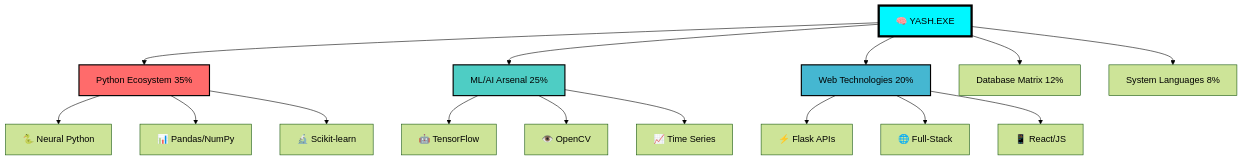
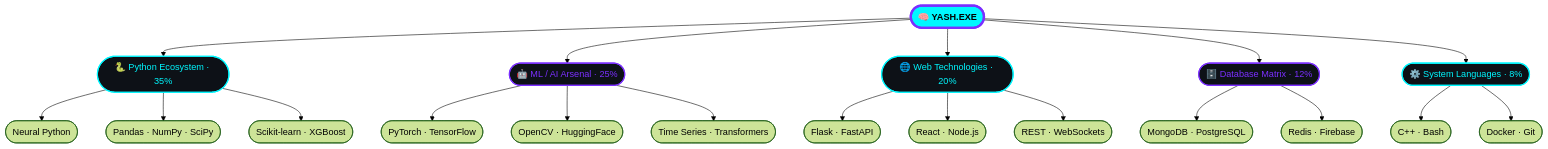
The diagram in README.md (Yash-et/Yash-et), drawn with Mermaid (forest theme) before and after one commit. The commit also changed other lines of this file, not shown here.

````diff
--- a/README.md
+++ b/README.md
@@ -146,25 +260,33 @@
 ```mermaid
 graph TD
-    A[🧠 YASH.EXE] --> B[Python Ecosystem 35%]
-    A --> C[ML/AI Arsenal 25%]
-    A --> D[Web Technologies 20%]
-    A --> E[Database Matrix 12%]
-    A --> F[System Languages 8%]
-    
-    B --> B1[🐍 Neural Python]
-    B --> B2[📊 Pandas/NumPy]
-    B --> B3[🔬 Scikit-learn]
-    
-    C --> C1[🤖 TensorFlow]
-    C --> C2[👁️ OpenCV]
-    C --> C3[📈 Time Series]
-    
-    D --> D1[⚡ Flask APIs]
-    D --> D2[🌐 Full-Stack]
-    D --> D3[📱 React/JS]
-    
-    style A fill:#00f7ff,stroke:#000,stroke-width:4px,color:#000
-    style B fill:#ff6b6b,stroke:#000,stroke-width:2px
-    style C fill:#4ecdc4,stroke:#000,stroke-width:2px
-    style D fill:#45b7d1,stroke:#000,stroke-width:2px
+    A([🧠 YASH.EXE]) --> B([🐍 Python Ecosystem · 35%])
+    A --> C([🤖 ML / AI Arsenal · 25%])
+    A --> D([🌐 Web Technologies · 20%])
+    A --> E([🗄️ Database Matrix · 12%])
+    A --> F([⚙️ System Languages · 8%])
+
+    B --> B1([Neural Python])
+    B --> B2([Pandas · NumPy · SciPy])
+    B --> B3([Scikit-learn · XGBoost])
+
+    C --> C1([PyTorch · TensorFlow])
+    C --> C2([OpenCV · HuggingFace])
+    C --> C3([Time Series · Transformers])
+
+    D --> D1([Flask · FastAPI])
+    D --> D2([React · Node.js])
+    D --> D3([REST · WebSockets])
+
+    E --> E1([MongoDB · PostgreSQL])
+    E --> E2([Redis · Firebase])
+
+    F --> F1([C++ · Bash])
+    F --> F2([Docker · Git])
+
+    style A fill:#00f7ff,stroke:#7b2fff,stroke-width:4px,color:#000000,font-weight:bold
+    style B fill:#0d1117,stroke:#00f7ff,stroke-width:2px,color:#00f7ff
+    style C fill:#0d1117,stroke:#7b2fff,stroke-width:2px,color:#7b2fff
+    style D fill:#0d1117,stroke:#00f7ff,stroke-width:2px,color:#00f7ff
+    style E fill:#0d1117,stroke:#7b2fff,stroke-width:2px,color:#7b2fff
+    style F fill:#0d1117,stroke:#00f7ff,stroke-width:2px,color:#00f7ff
 ```
````
